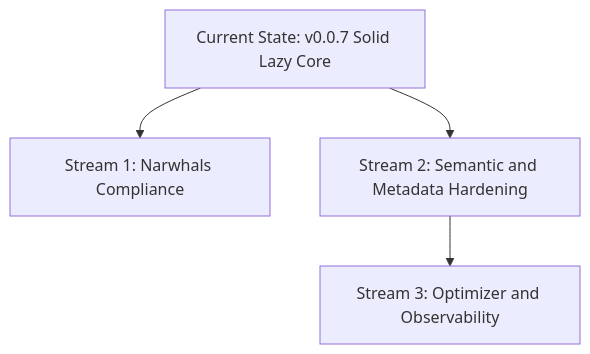
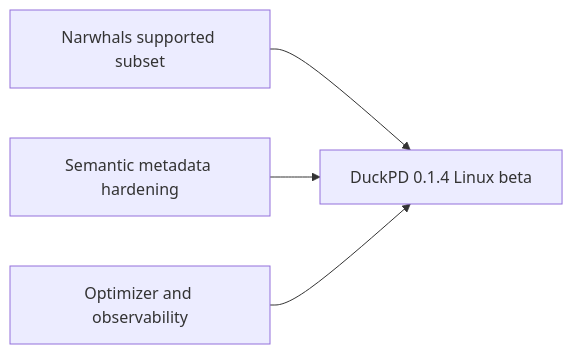
The diagram in docs/roadmap.md (quantbert/duckpd), drawn with Mermaid before and after one commit. The commit also changed other lines of this file and 16 other files, not shown here.

````diff
--- a/docs/roadmap.md
+++ b/docs/roadmap.md
@@ -824,6 +828,6 @@
 ```mermaid
-graph TD
-    A[Current State: v0.0.7 Solid Lazy Core] --> N[Stream 1: Narwhals Compliance]
-    A --> M[Stream 2: Semantic and Metadata Hardening]
-    M --> O[Stream 3: Optimizer and Observability]
+graph LR
+    N[Narwhals supported subset] --> B[DuckPD 0.1.4 Linux beta]
+    M[Semantic metadata hardening] --> B
+    O[Optimizer and observability] --> B
 ```
````
